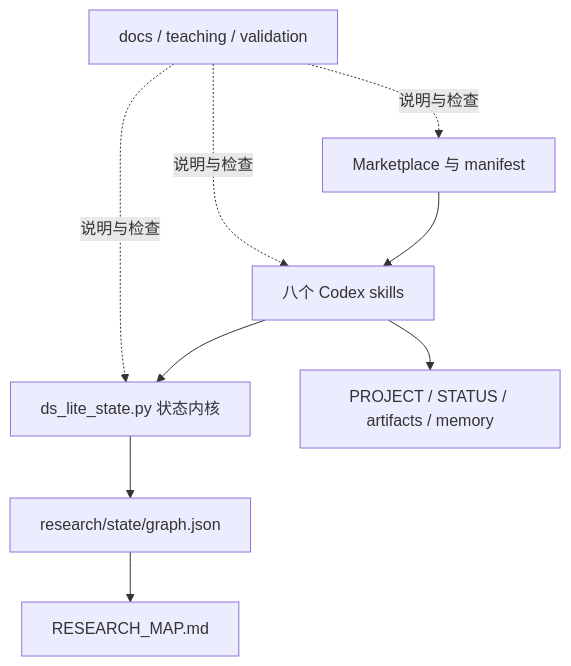
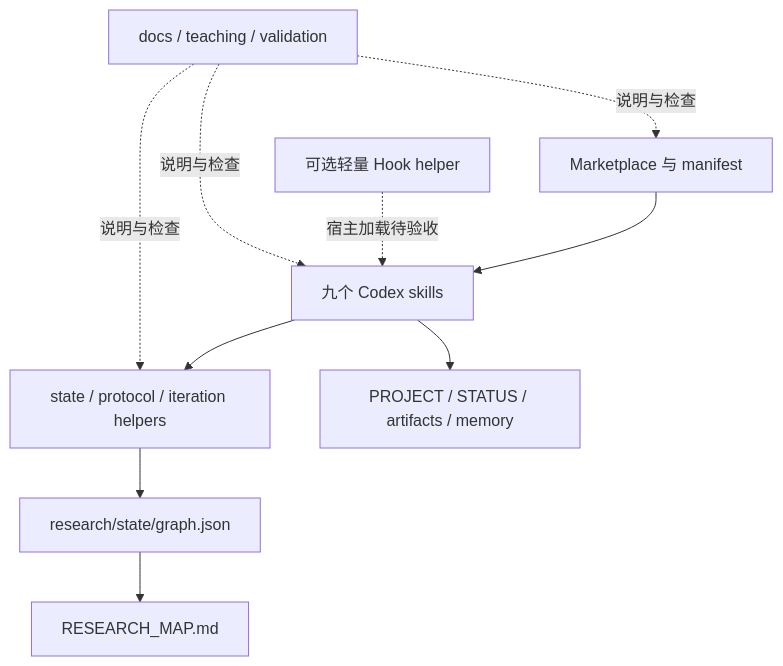
The first of 2 diagrams in docs/implementation.zh.md (AlexenderSokolov/deepscientist-lite-codex-plugin), drawn with Mermaid before and after one commit. The commit also changed other lines of this file and 1381 other files, not shown here.

````diff
--- a/docs/implementation.zh.md
+++ b/docs/implementation.zh.md
@@ -97,11 +97,12 @@
 ```mermaid
 flowchart TB
-    M["Marketplace 与 manifest"] --> S["八个 Codex skills"]
-    S --> K["ds_lite_state.py 状态内核"]
+    M["Marketplace 与 manifest"] --> S["九个 Codex skills"]
+    S --> K["state / protocol / iteration helpers"]
+    H["可选轻量 Hook helper"] -. 宿主加载待验收 .-> S
     S --> F["PROJECT / STATUS / artifacts / memory"]
     K --> G["research/state/graph.json"]
     G --> R["RESEARCH_MAP.md"]
     D["docs / teaching / validation"] -. 说明与检查 .-> M
     D -. 说明与检查 .-> S
     D -. 说明与检查 .-> K
 ```
````
